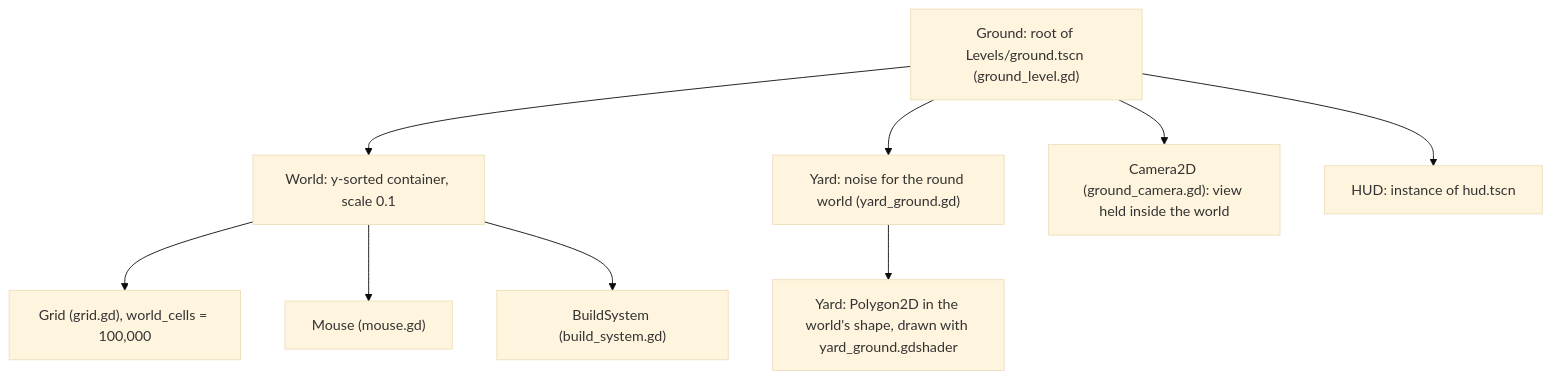
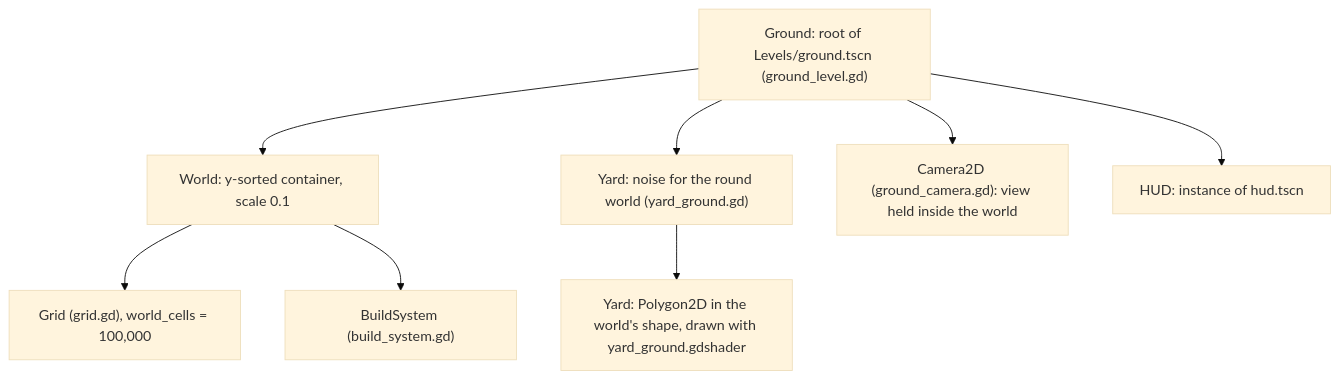
Before and after one commit to Liam-M-Mays/game-jam-2026: the fourth of 11 diagrams in docs/architecture.md, drawn with Mermaid (base theme). The commit also changed other lines of this file and 4 other files, not shown here.

````diff
--- a/docs/architecture.md
+++ b/docs/architecture.md
@@ -190,21 +188,19 @@
 ```mermaid
 flowchart TD
     ground["Ground: root of Levels/ground.tscn (ground_level.gd)"]
     world["World: y-sorted container, scale 0.1"]
     grid["Grid (grid.gd), world_cells = 100,000"]
-    cursor["Mouse (mouse.gd)"]
     buildSystem["BuildSystem (build_system.gd)"]
     yard["Yard: noise for the round world (yard_ground.gd)"]
     shape["Yard: Polygon2D in the world's shape, drawn with yard_ground.gdshader"]
     camera["Camera2D (ground_camera.gd): view held inside the world"]
     hud["HUD: instance of hud.tscn"]
 
     ground --> world
     world --> grid
-    world --> cursor
     world --> buildSystem
     ground --> yard
     yard --> shape
     ground --> camera
     ground --> hud
 ```
````
